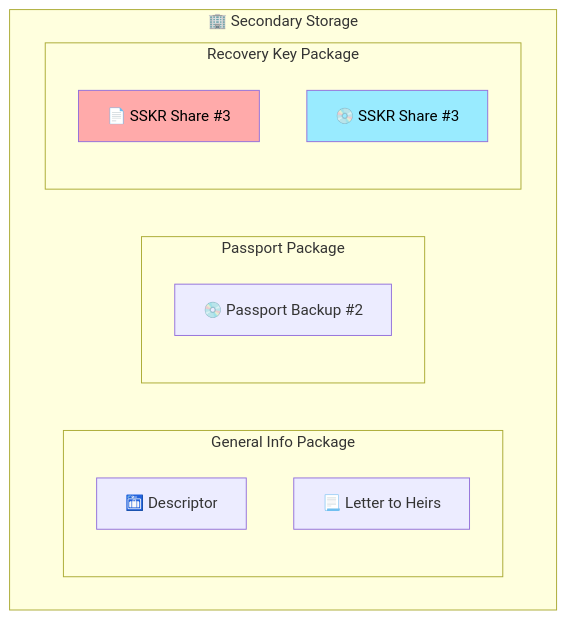
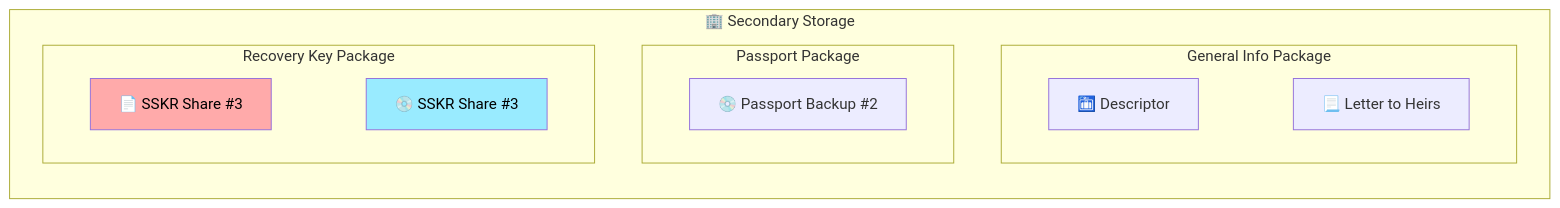
Before and after one commit to BlockchainCommons/SmartCustody: the sixth of 55 diagrams in Docs/Scenario-Multisig.md, drawn with Mermaid. The commit also changed other lines of this file, not shown here.

````diff
--- a/Docs/Scenario-Multisig.md
+++ b/Docs/Scenario-Multisig.md
@@ -243,24 +251,28 @@
 ```mermaid
-    graph TD;
+    graph BT;
+    linkStyle default stroke-width: 0px
+
     subgraph secondary ["🏢 Secondary Storage"]
 
       subgraph "General Info Package"
       D4["🛅 Descriptor"]
       D5["📃 Letter to Heirs"]
+      D4---D5
       end
 
       subgraph "Passport Package"
       D3["💿 Passport Backup #2"]
       end
 
       subgraph "Recovery Key Package"
       D1["📄 SSKR Share #3"]
       D2["💿 SSKR Share #3"]
+      D1---D2
       end
 
       style D1 color:#000,fill:#ffaaaa;
       style D2 color:#000,fill:#99ebff;
   
     end        
 
 ```
````
